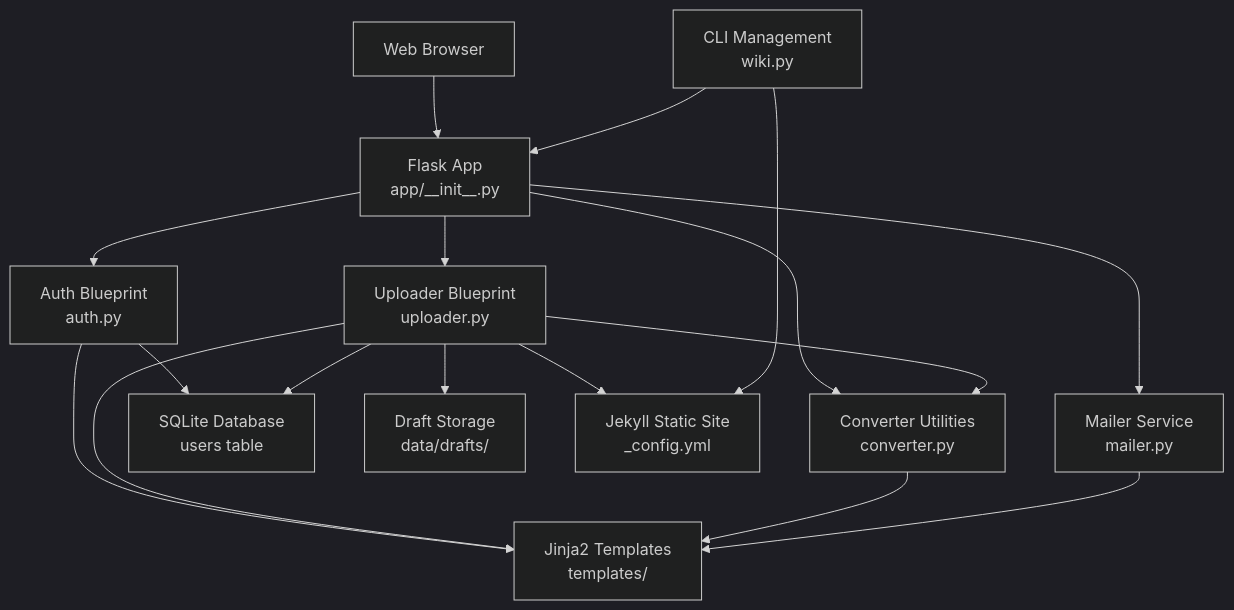
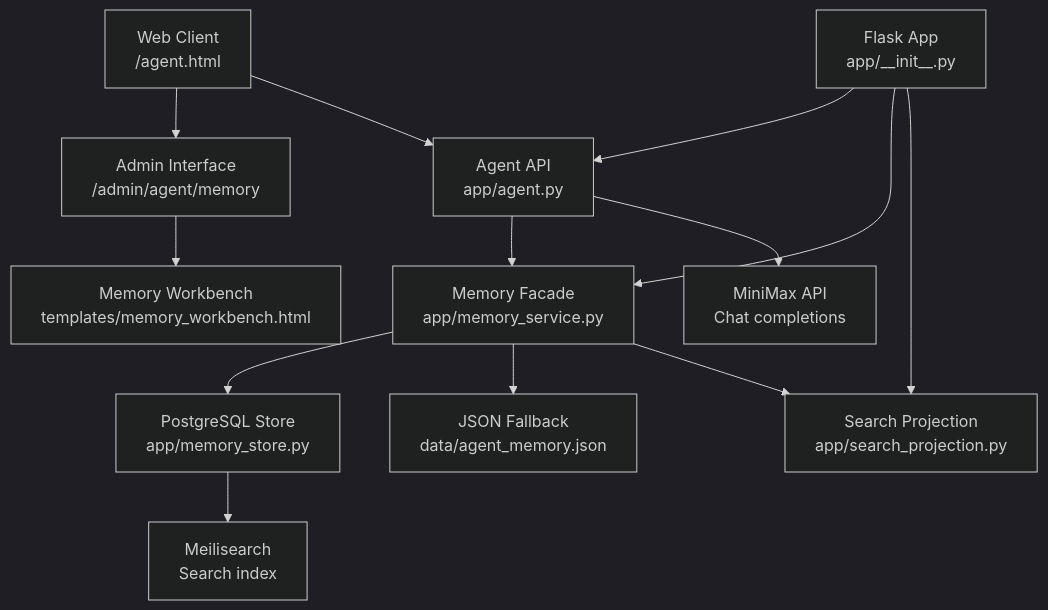
The second of 10 diagrams in .qoder/repowiki/en/content/Backend Application/Application Architecture/Application Architecture.md (PolarisW007/PolaZhenJing), drawn with Mermaid (dark theme) before and after one commit. The commit also changed other lines of this file and 333 other files, not shown here.

````diff
--- a/.qoder/repowiki/en/content/Backend Application/Application Architecture/Application Architecture.md
+++ b/.qoder/repowiki/en/content/Backend Application/Application Architecture/Application Architecture.md
@@ -123,30 +123,26 @@
 ```mermaid
 graph TB
-Client["Web Browser"]
+Client["Web Client<br/>/agent.html"]
+ADMIN["Admin Interface<br/>/admin/agent/memory"]
 FLASK["Flask App<br/>app/__init__.py"]
-AUTH["Auth Blueprint<br/>auth.py"]
-UP["Uploader Blueprint<br/>uploader.py"]
-CONV["Converter Utilities<br/>converter.py"]
-MAIL["Mailer Service<br/>mailer.py"]
-DB["SQLite Database<br/>users table"]
-DRAFT["Draft Storage<br/>data/drafts/"]
-TPL["Jinja2 Templates<br/>templates/"]
-JEKYLL["Jekyll Static Site<br/>_config.yml"]
-CLI["CLI Management<br/>wiki.py"]
-Client --> FLASK
-FLASK --> AUTH
-FLASK --> UP
-FLASK --> CONV
-FLASK --> MAIL
-AUTH --> DB
-UP --> DB
-UP --> DRAFT
-UP --> CONV
-UP --> JEKYLL
-AUTH --> TPL
-UP --> TPL
-CONV --> TPL
-MAIL --> TPL
-CLI --> JEKYLL
-CLI --> FLASK
+AGENT["Agent API<br/>app/agent.py"]
+MEM_FACADE["Memory Facade<br/>app/memory_service.py"]
+PG_STORE["PostgreSQL Store<br/>app/memory_store.py"]
+JSON_FALLBACK["JSON Fallback<br/>data/agent_memory.json"]
+MINIMAX["MiniMax API<br/>Chat completions"]
+SEARCH["Search Projection<br/>app/search_projection.py"]
+MEILI["Meilisearch<br/>Search index"]
+ADMIN_UI["Memory Workbench<br/>templates/memory_workbench.html"]
+Client --> ADMIN
+Client --> AGENT
+ADMIN --> ADMIN_UI
+FLASK --> AGENT
+FLASK --> MEM_FACADE
+FLASK --> SEARCH
+AGENT --> MEM_FACADE
+MEM_FACADE --> PG_STORE
+MEM_FACADE --> JSON_FALLBACK
+PG_STORE --> MEILI
+AGENT --> MINIMAX
+MEM_FACADE --> SEARCH
 ```
````
